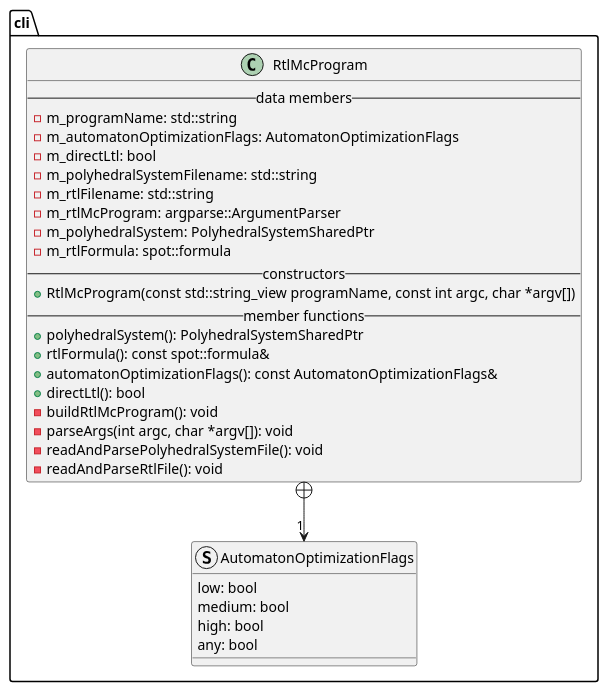
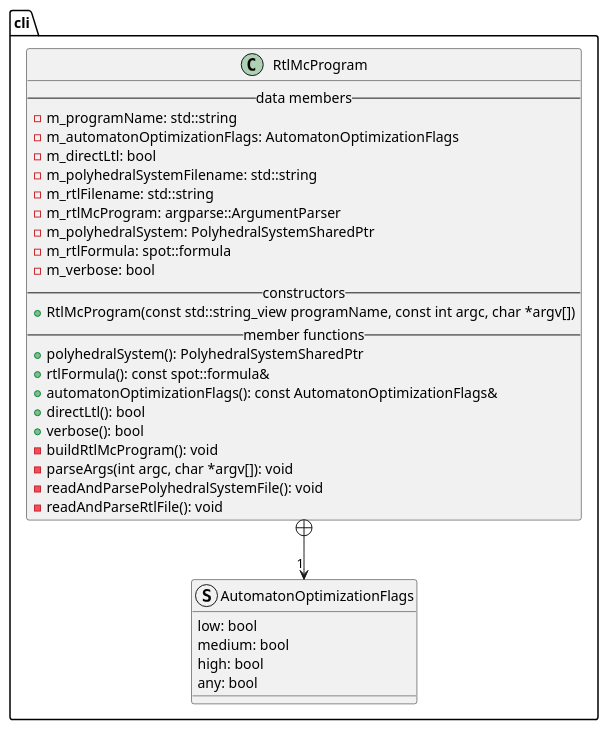
Before and after one commit to vtramo/rtl-mc: the diagram in docs/plantuml/cli.puml, drawn with PlantUML. The commit also changed 2 other files, not shown here.

Commit message:
feat: add --verbose flag (cli)

```diff
--- a/docs/plantuml/cli.puml
+++ b/docs/plantuml/cli.puml
@@ -1,37 +1,39 @@
 @startuml
 
 package cli {
     class RtlMcProgram {
         --data members--
         -m_programName: std::string
         -m_automatonOptimizationFlags: AutomatonOptimizationFlags
         -m_directLtl: bool
         -m_polyhedralSystemFilename: std::string
         -m_rtlFilename: std::string
         -m_rtlMcProgram: argparse::ArgumentParser
         -m_polyhedralSystem: PolyhedralSystemSharedPtr
         -m_rtlFormula: spot::formula
+        -m_verbose: bool
         --constructors--
         +RtlMcProgram(const std::string_view programName, const int argc, char *argv[])
         --member functions--
         +polyhedralSystem(): PolyhedralSystemSharedPtr
         +rtlFormula(): const spot::formula&
         +automatonOptimizationFlags(): const AutomatonOptimizationFlags&
         +directLtl(): bool
+        +verbose(): bool
         -buildRtlMcProgram(): void
         -parseArgs(int argc, char *argv[]): void
         -readAndParsePolyhedralSystemFile(): void
         -readAndParseRtlFile(): void
     }
 
     struct AutomatonOptimizationFlags {
         low: bool
         medium: bool
         high: bool
         any: bool
     }
 }
 
 RtlMcProgram +--> "1" AutomatonOptimizationFlags
 
 @enduml
```
